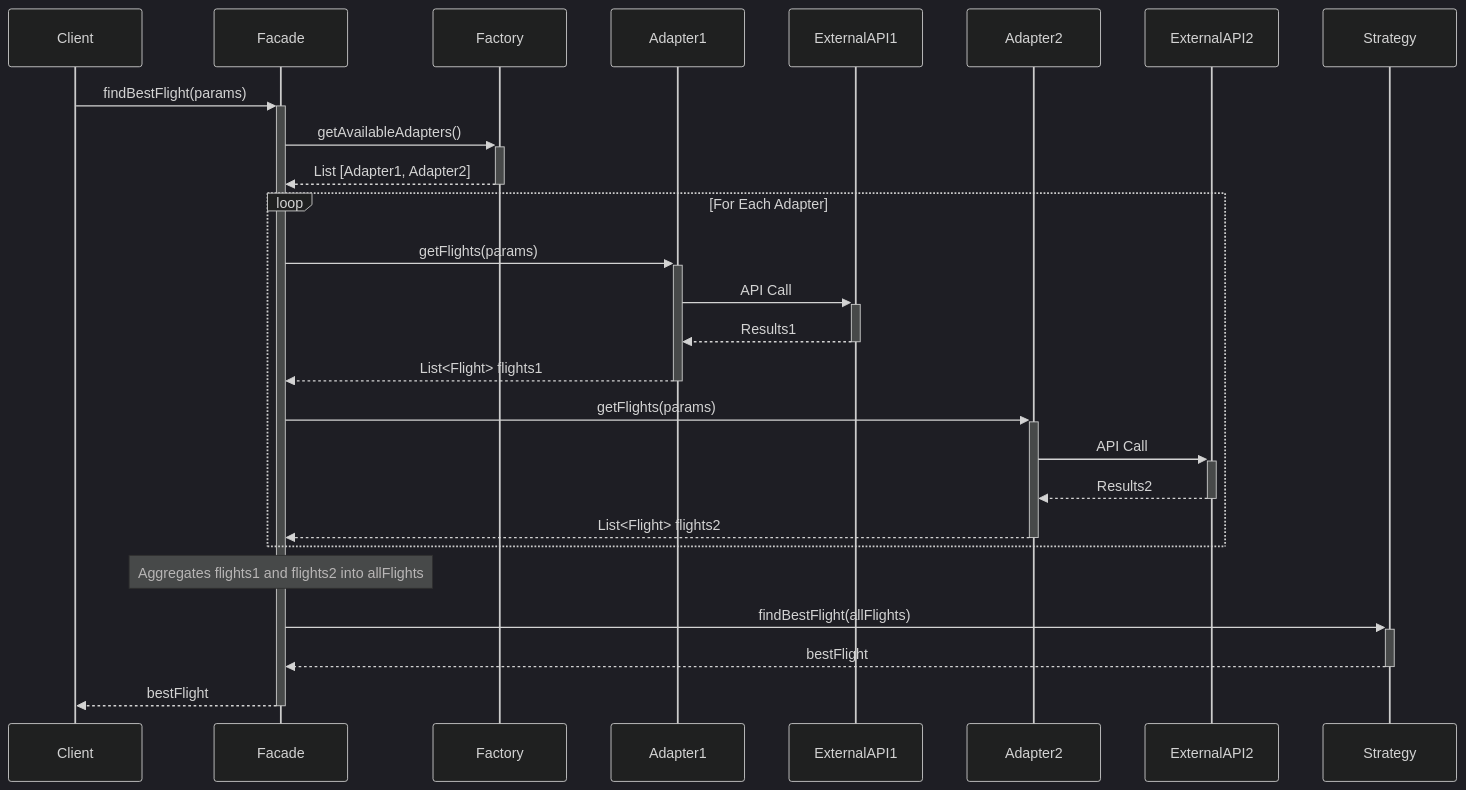
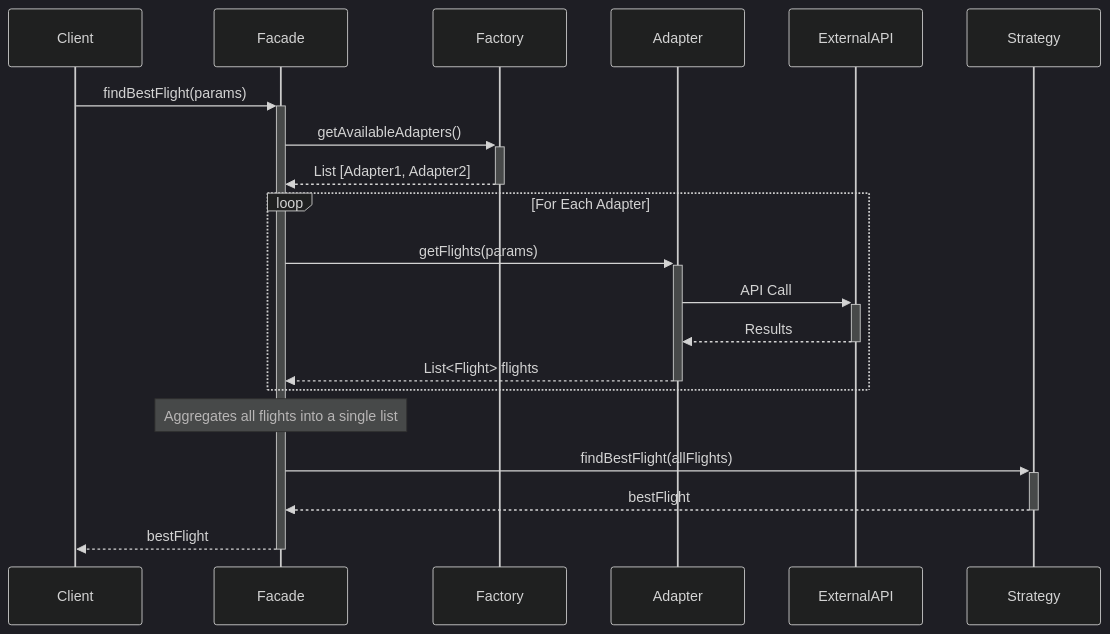
The first of 2 diagrams in software-guidebook/SGB_V2.md (AIM-ENE-feb25/triptop-groep-3-pedro-ramon-mees), drawn with Mermaid (dark theme) before and after one commit. The commit also changed other lines of this file, not shown here.

````diff
--- a/software-guidebook/SGB_V2.md
+++ b/software-guidebook/SGB_V2.md
@@ -280,30 +280,23 @@
 ```mermaid
 sequenceDiagram
     participant Client
     participant Facade 
     participant Factory
-    participant Adapter1 
-    participant ExternalAPI1
-    participant Adapter2 
-    participant ExternalAPI2
+    participant Adapter 
+    participant ExternalAPI
     participant Strategy 
 
     Client->>+Facade: findBestFlight(params)
     Facade->>+Factory: getAvailableAdapters()
     Factory-->>-Facade: List [Adapter1, Adapter2]
     loop For Each Adapter
-        Facade->>+Adapter1: getFlights(params)
-        Adapter1->>+ExternalAPI1: API Call
-        ExternalAPI1-->>-Adapter1: Results1
-        Adapter1-->>-Facade: List<Flight> flights1
-        Facade->>+Adapter2: getFlights(params)
-        Adapter2->>+ExternalAPI2: API Call
-        ExternalAPI2-->>-Adapter2: Results2
-        Adapter2-->>-Facade: List<Flight> flights2
+        Facade->>+Adapter: getFlights(params)
+        Adapter->>+ExternalAPI: API Call
+        ExternalAPI-->>-Adapter: Results
+        Adapter-->>-Facade: List<Flight> flights
     end
-    Note over Facade: Aggregates flights1 and flights2 into allFlights
+    Note over Facade: Aggregates all flights into a single list
     Facade->>+Strategy: findBestFlight(allFlights)
     Strategy-->>-Facade: bestFlight
     Facade-->>-Client: bestFlight
-
 ```
````
